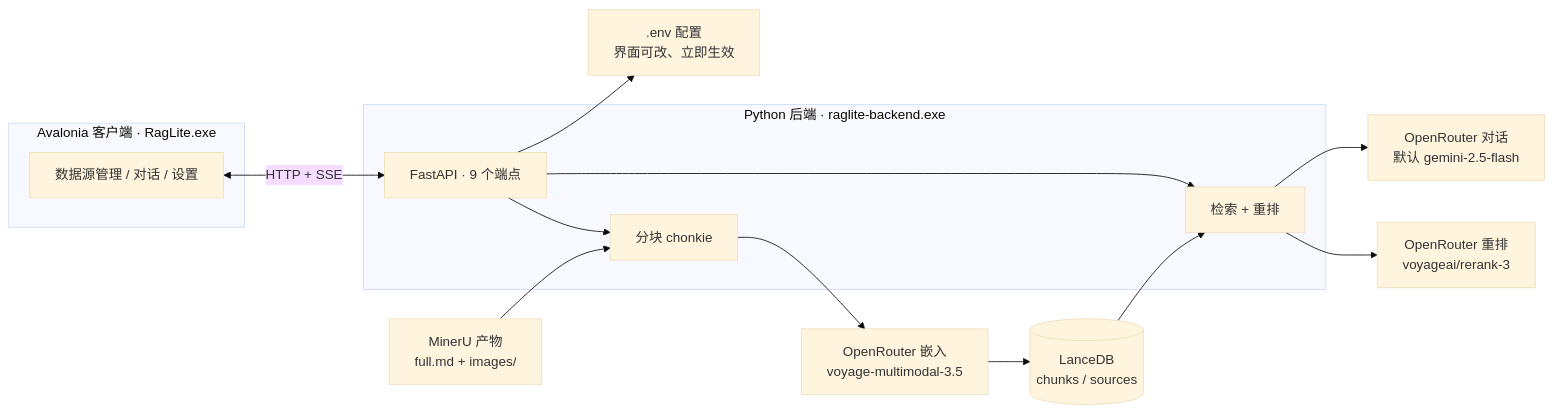
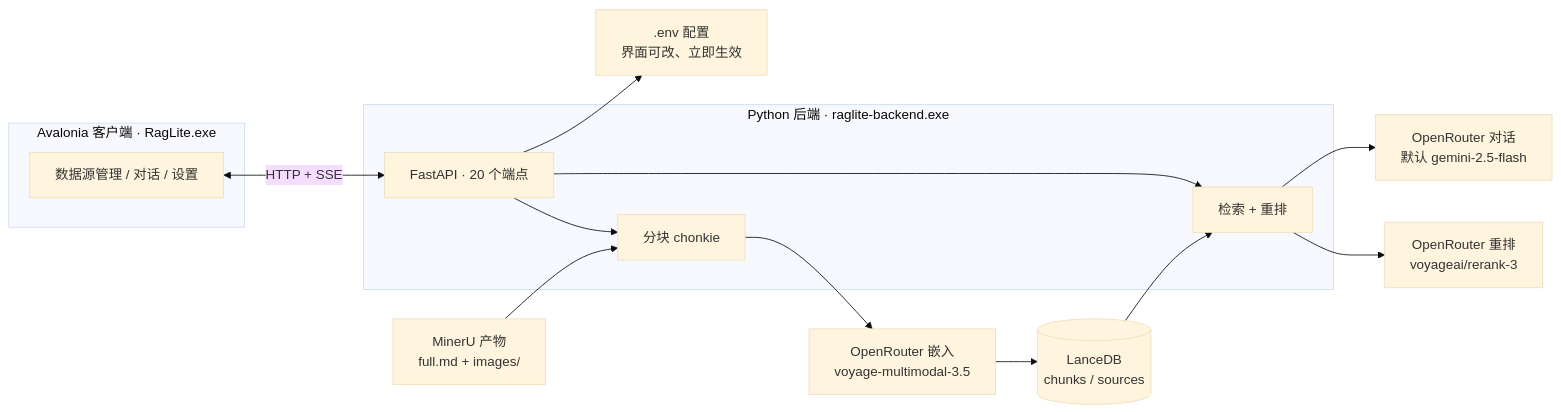
One commit to Wit-2k/rag-lite changed the diagram in README.md. Above: the diagram before and after it, drawn with Mermaid (base theme). The commit also changed other lines of this file and 3 other files, not shown here.

````diff
--- a/README.md
+++ b/README.md
@@ -21,21 +21,21 @@
 ```mermaid
 flowchart LR
   MinerU["MinerU 产物<br/>full.md + images/"] --> CH
   subgraph CLIENT["Avalonia 客户端 · RagLite.exe"]
     UI["数据源管理 / 对话 / 设置"]
   end
   subgraph SERVER["Python 后端 · raglite-backend.exe"]
-    API["FastAPI · 9 个端点"]
+    API["FastAPI · 20 个端点"]
     CH["分块 chonkie"]
     PIPE["检索 + 重排"]
   end
   UI <-->|"HTTP + SSE"| API
   API --> CH
   API --> PIPE
   CH --> EMB["OpenRouter 嵌入<br/>voyage-multimodal-3.5"]
   PIPE --> RR["OpenRouter 重排<br/>voyageai/rerank-3"]
   PIPE --> CHAT["OpenRouter 对话<br/>默认 gemini-2.5-flash"]
   EMB --> DB[("LanceDB<br/>chunks / sources")]
   DB --> PIPE
   API --> ENV[".env 配置<br/>界面可改、立即生效"]
 ```
````
